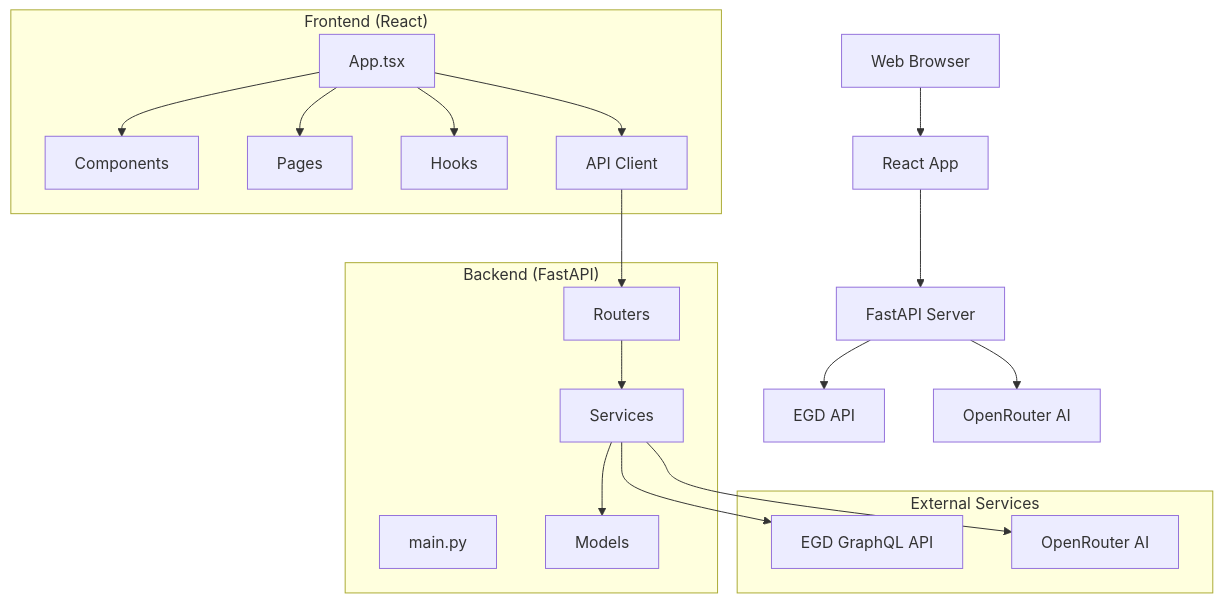
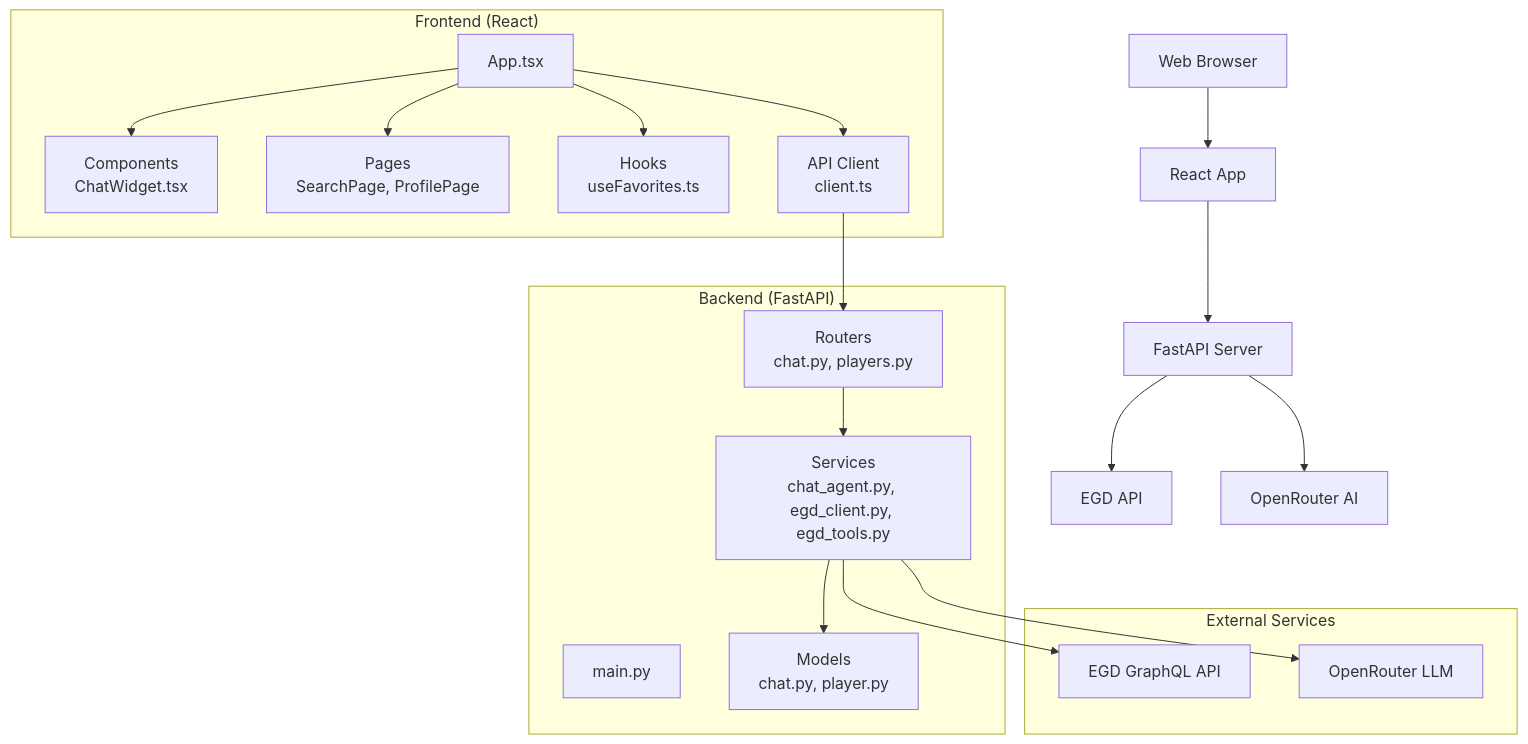
The first of 7 diagrams in .qoder/repowiki/en/content/Architecture Guide/Architecture Guide.md (Ragnar1999/GoNow), drawn with Mermaid before and after one commit. The commit also changed other lines of this file and 10 other files, not shown here.

First line of the commit message:
docs: update all documentation with agentic chat, Makefile, and agent design research

````diff
--- a/.qoder/repowiki/en/content/Architecture Guide/Architecture Guide.md
+++ b/.qoder/repowiki/en/content/Architecture Guide/Architecture Guide.md
@@ -50,33 +48,33 @@
 ```mermaid
 graph TB
 subgraph "Frontend (React)"
 A["App.tsx"]
-B["Components"]
-C["Pages"]
-D["Hooks"]
-E["API Client"]
+B["Components<br/>ChatWidget.tsx"]
+C["Pages<br/>SearchPage, ProfilePage"]
+D["Hooks<br/>useFavorites.ts"]
+E["API Client<br/>client.ts"]
 end
 subgraph "Backend (FastAPI)"
 F["main.py"]
-G["Routers"]
-H["Services"]
-I["Models"]
+G["Routers<br/>chat.py, players.py"]
+H["Services<br/>chat_agent.py, egd_client.py, egd_tools.py"]
+I["Models<br/>chat.py, player.py"]
 end
 subgraph "External Services"
 J["EGD GraphQL API"]
-K["OpenRouter AI"]
+K["OpenRouter LLM"]
 end
 Client["Web Browser"] --> Frontend["React App"]
 Frontend --> Backend["FastAPI Server"]
 Backend --> EGD["EGD API"]
 Backend --> OpenRouter["OpenRouter AI"]
 A --> B
 A --> C
 A --> D
 A --> E
 E --> G
 G --> H
 H --> I
 H --> J
 H --> K
 ```
````
